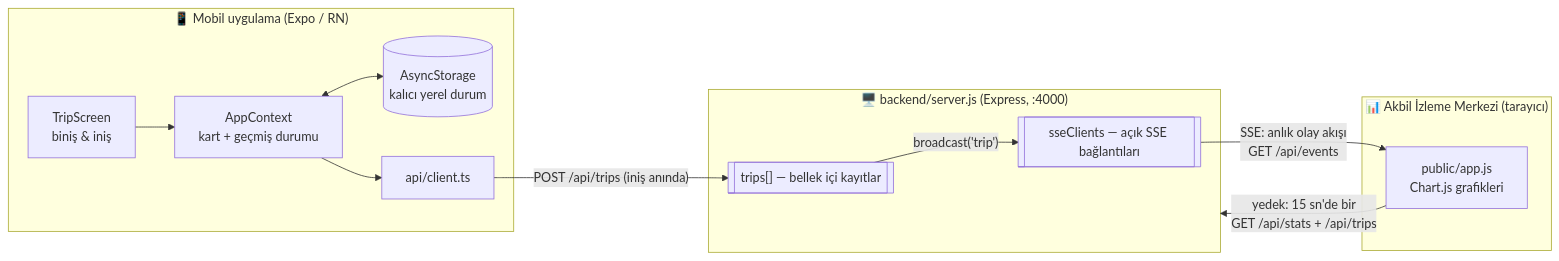
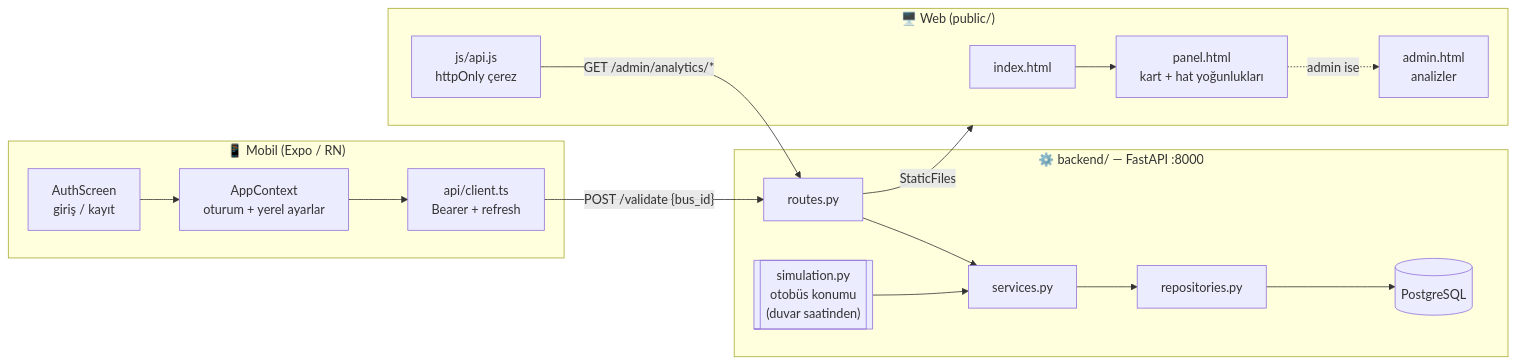
One commit to OFThub/AkBilSis changed the diagram in README.md. Above: the diagram before and after it, drawn with Mermaid. The commit also changed other lines of this file and 47 other files, not shown here.

First line of the commit message:
Add FastAPI backend, DB models, simulation

````diff
--- a/README.md
+++ b/README.md
@@ -14,22 +15,24 @@
 ```mermaid
 flowchart LR
-    subgraph Telefon["📱 Mobil uygulama (Expo / RN)"]
-        UI[TripScreen<br/>biniş & iniş] --> CTX[AppContext<br/>kart + geçmiş durumu]
-        CTX <--> AS[(AsyncStorage<br/>kalıcı yerel durum)]
-        CTX --> API[api/client.ts]
+    subgraph Telefon["📱 Mobil (Expo / RN)"]
+        AUTH[AuthScreen<br/>giriş / kayıt] --> CTX[AppContext<br/>oturum + yerel ayarlar]
+        CTX --> MAPI[api/client.ts<br/>Bearer + refresh]
     end
 
-    subgraph Sunucu["🖥️ backend/server.js (Express, :4000)"]
-        TRIPS[["trips[] — bellek içi kayıtlar"]]
-        SSE[["sseClients — açık SSE bağlantıları"]]
+    subgraph Tarayici["🖥️ Web (public/)"]
+        LOGIN[index.html] --> PANEL[panel.html<br/>kart + hat yoğunlukları]
+        PANEL -.admin ise.-> ADMIN[admin.html<br/>analizler]
+        WAPI[js/api.js<br/>httpOnly çerez]
     end
 
-    subgraph Panel["📊 Akbil İzleme Merkezi (tarayıcı)"]
-        APP[public/app.js<br/>Chart.js grafikleri]
+    subgraph Sunucu["⚙️ backend/ — FastAPI :8000"]
+        ROUTES[routes.py] --> SERVICES[services.py]
+        SERVICES --> REPOS[repositories.py]
+        REPOS --> DB[(PostgreSQL)]
+        SIM[["simulation.py<br/>otobüs konumu<br/>(duvar saatinden)"]] --> SERVICES
     end
 
-    API -- "POST /api/trips (iniş anında)" --> TRIPS
-    TRIPS -- "broadcast('trip')" --> SSE
-    SSE -- "SSE: anlık olay akışı<br/>GET /api/events" --> APP
-    APP -- "yedek: 15 sn'de bir<br/>GET /api/stats + /api/trips" --> Sunucu
+    MAPI -- "POST /validate {bus_id}" --> ROUTES
+    WAPI -- "GET /admin/analytics/*" --> ROUTES
+    ROUTES -- "StaticFiles" --> Tarayici
 ```
````
